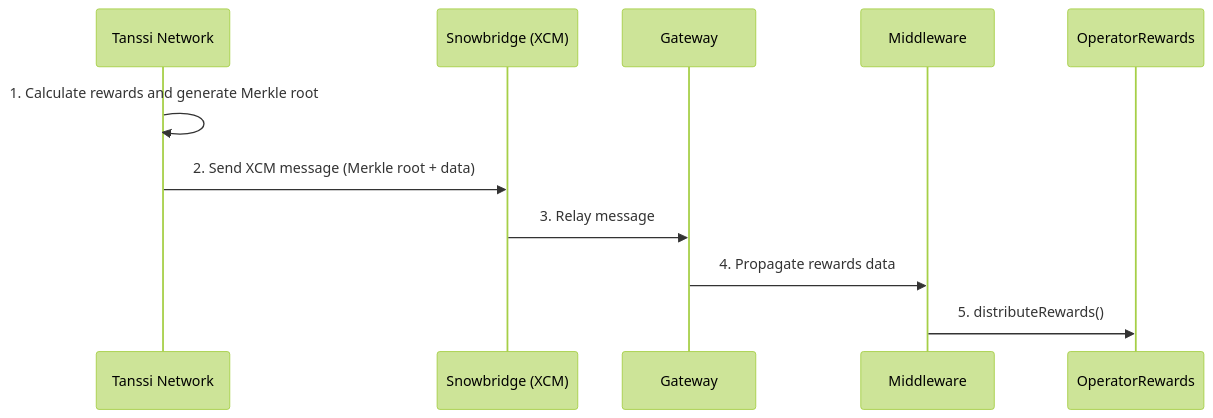
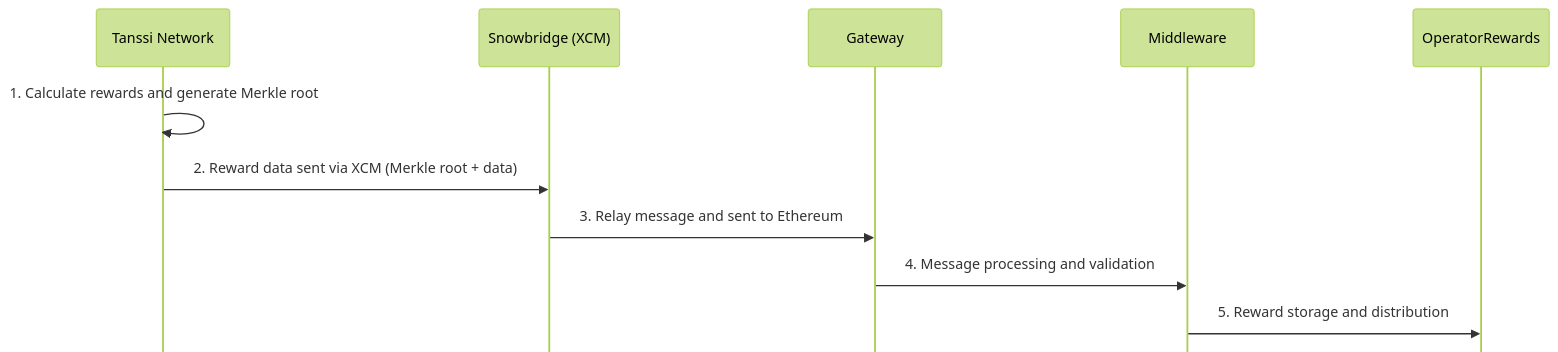
Before and after one commit to moondance-labs/tanssi-docs: the third of 5 diagrams in learn/tanssi/external-security-providers/symbiotic.md, drawn with Mermaid (forest theme). The commit also changed other lines of this file, not shown here.

Commit message:
feat: improve reward distribution phase

````diff
--- a/learn/tanssi/external-security-providers/symbiotic.md
+++ b/learn/tanssi/external-security-providers/symbiotic.md
@@ -133,14 +133,15 @@
 ```mermaid
+%%{init: {'sequence': {'mirrorActors': false}}}%%
 sequenceDiagram
     participant Tanssi Network
     participant Snowbridge (XCM)
     participant Gateway
     participant Middleware
     participant OperatorRewards
 
     Tanssi Network->>Tanssi Network: 1. Calculate rewards and generate Merkle root
-    Tanssi Network->>Snowbridge (XCM): 2. Send XCM message (Merkle root + data)
-    Snowbridge (XCM)->>Gateway: 3. Relay message
-    Gateway ->>Middleware: 4. Propagate rewards data
-    Middleware->>OperatorRewards: 5. distributeRewards()
+    Tanssi Network->>Snowbridge (XCM): 2. Reward data sent via XCM (Merkle root + data)
+    Snowbridge (XCM)->>Gateway: 3. Relay message and sent to Ethereum 
+    Gateway ->>Middleware: 4. Message processing and validation
+    Middleware->>OperatorRewards: 5. Reward storage and distribution
 ```
````
